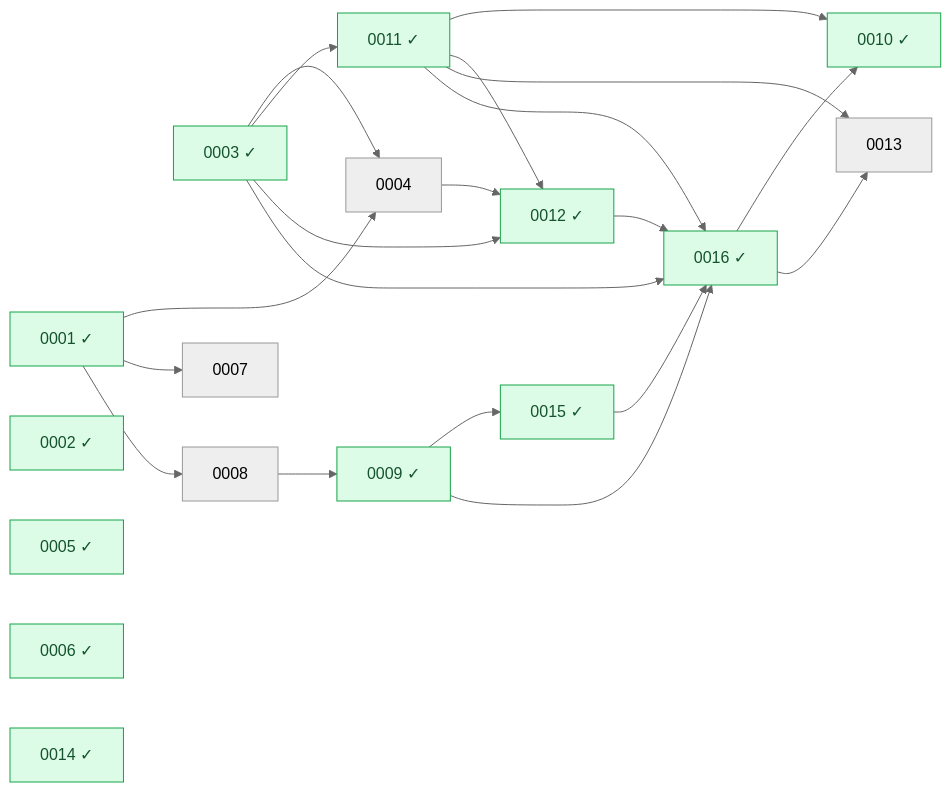
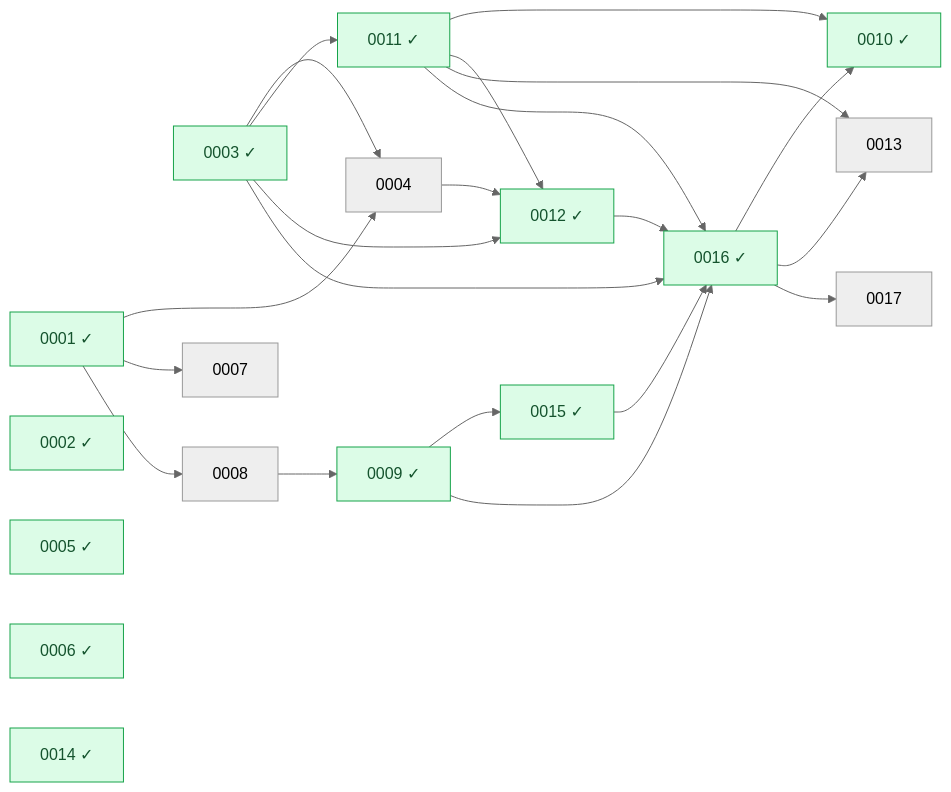
One commit to Heva-Co/piro changed the diagram in docs/rfcs/README.md. Above: the diagram before and after it, drawn with Mermaid (neutral theme). The commit also changed other lines of this file and 1 other file, not shown here.

Commit message:
docs(rfc): add YAML front-matter to RFC 0017 and regenerate index

````diff
--- a/docs/rfcs/README.md
+++ b/docs/rfcs/README.md
@@ -40,51 +41,53 @@
 ```mermaid
 graph LR
   n0001["0001 ✓"]
   n0002["0002 ✓"]
   n0003["0003 ✓"]
   n0004["0004"]
   n0005["0005 ✓"]
   n0006["0006 ✓"]
   n0007["0007"]
   n0008["0008"]
   n0009["0009 ✓"]
   n0010["0010 ✓"]
   n0011["0011 ✓"]
   n0012["0012 ✓"]
   n0013["0013"]
   n0014["0014 ✓"]
   n0015["0015 ✓"]
   n0016["0016 ✓"]
+  n0017["0017"]
   n0001 --> n0004
   n0003 --> n0004
   n0001 --> n0007
   n0001 --> n0008
   n0008 --> n0009
   n0011 --> n0010
   n0016 --> n0010
   n0003 --> n0011
   n0003 --> n0012
   n0004 --> n0012
   n0011 --> n0012
   n0011 --> n0013
   n0016 --> n0013
   n0009 --> n0015
   n0003 --> n0016
   n0009 --> n0016
   n0011 --> n0016
   n0012 --> n0016
   n0015 --> n0016
+  n0016 --> n0017
   classDef done fill:#dcfce7,stroke:#16a34a,color:#14532d;
   class n0001 done;
   class n0002 done;
   class n0003 done;
   class n0005 done;
   class n0006 done;
   class n0009 done;
   class n0010 done;
   class n0011 done;
   class n0012 done;
   class n0014 done;
   class n0015 done;
   class n0016 done;
 ```
````
